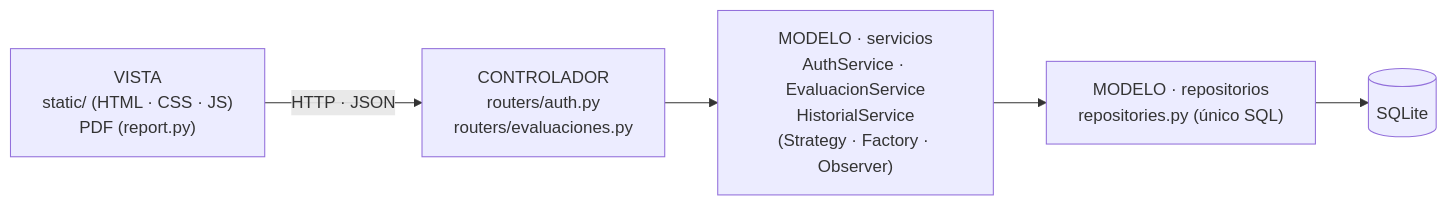
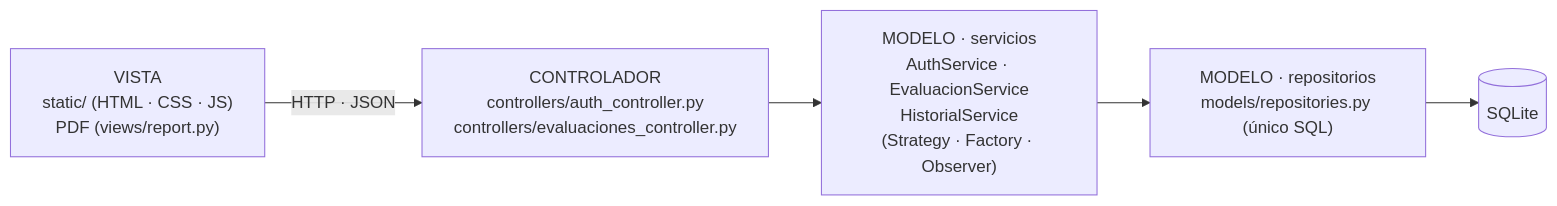
One commit to Karmejares/Final-Arquitectura changed the diagram in README.md. Above: the diagram before and after it, drawn with Mermaid. The commit also changed other lines of this file and 27 other files, not shown here.

````diff
--- a/README.md
+++ b/README.md
@@ -29,7 +29,7 @@
 ```mermaid
 flowchart LR
-    V["VISTA<br/>static/ (HTML · CSS · JS)<br/>PDF (report.py)"] -->|HTTP · JSON| C["CONTROLADOR<br/>routers/auth.py<br/>routers/evaluaciones.py"]
+    V["VISTA<br/>static/ (HTML · CSS · JS)<br/>PDF (views/report.py)"] -->|HTTP · JSON| C["CONTROLADOR<br/>controllers/auth_controller.py<br/>controllers/evaluaciones_controller.py"]
     C --> S["MODELO · servicios<br/>AuthService · EvaluacionService<br/>HistorialService<br/>(Strategy · Factory · Observer)"]
-    S --> R["MODELO · repositorios<br/>repositories.py (único SQL)"]
+    S --> R["MODELO · repositorios<br/>models/repositories.py (único SQL)"]
     R --> D[("SQLite")]
 ```
````
